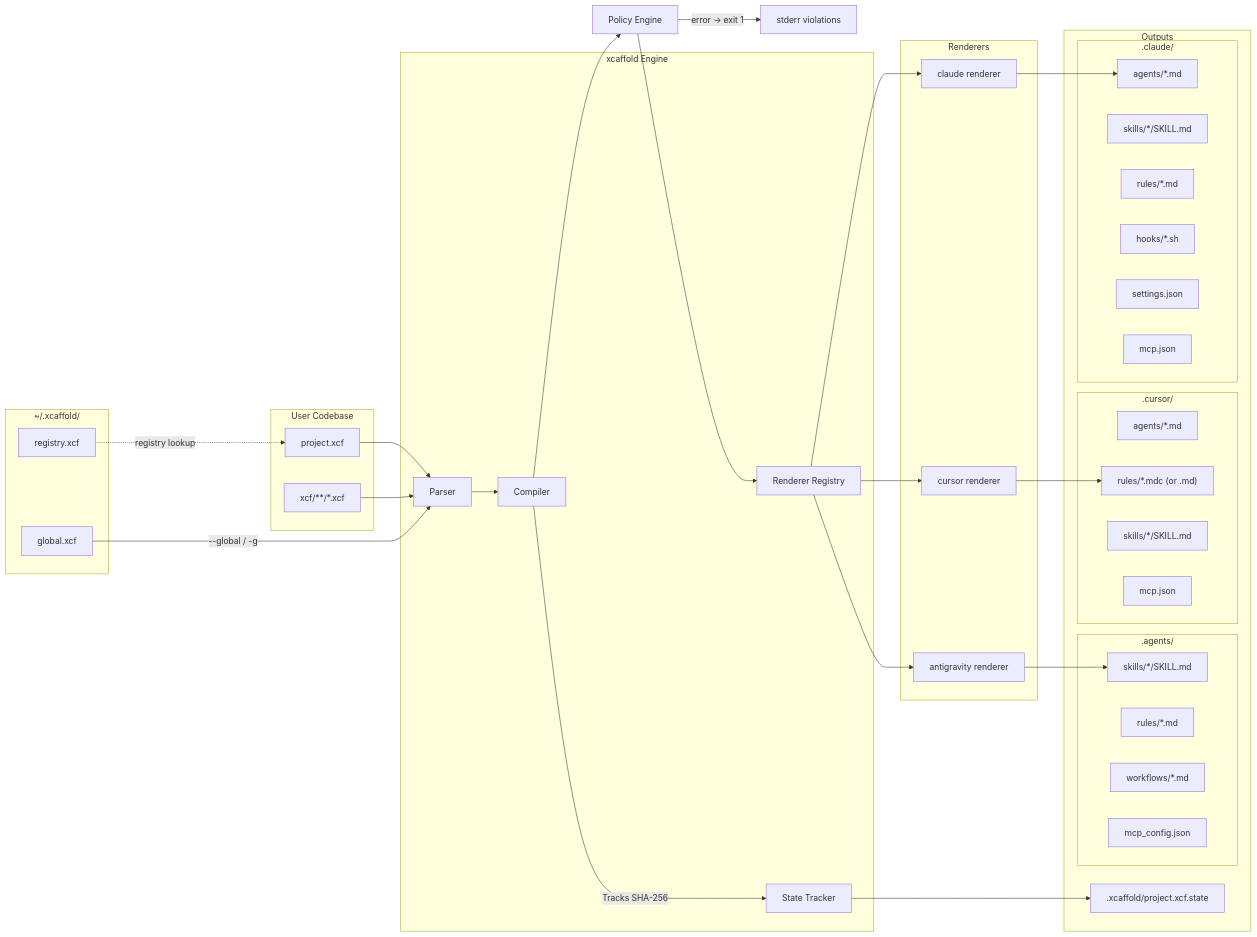
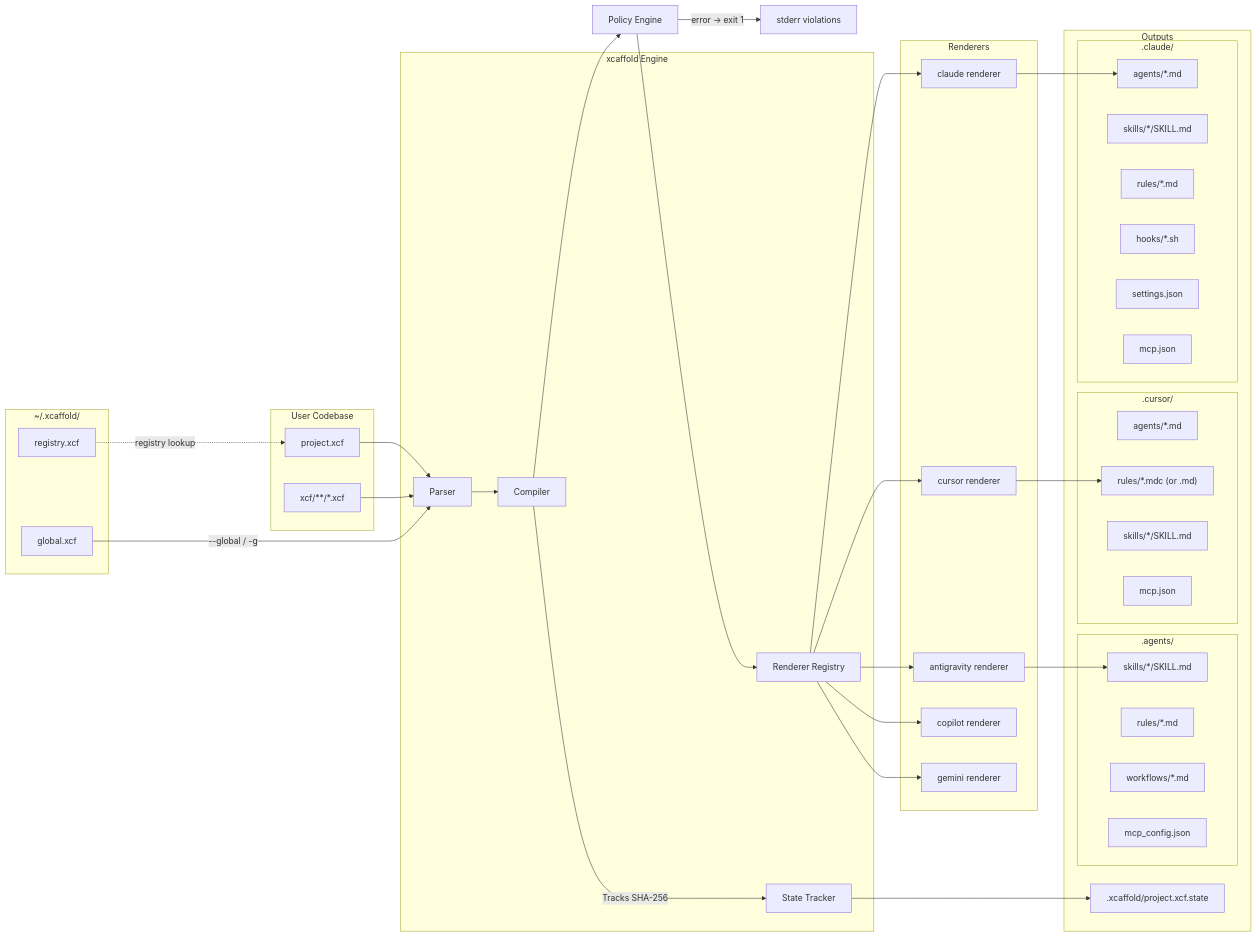
One commit to saero-ai/xcaffold changed the diagram in docs/concepts/architecture.md. Above: the diagram before and after it, drawn with Mermaid. The commit also changed other lines of this file and 3 other files, not shown here.

````diff
--- a/docs/concepts/architecture.md
+++ b/docs/concepts/architecture.md
@@ -14,66 +14,70 @@
 ```mermaid
 graph LR
   subgraph Global Home ["~/.xcaffold/"]
     R[registry.xcf]
     GC[global.xcf]
   end
 
   subgraph User Codebase
     A[project.xcf]
     XCF["xcf/**/*.xcf"]
   end
 
   subgraph xcaffold Engine
     B[Parser]
     C[Compiler]
     D[State Tracker]
     RG[Renderer Registry]
   end
 
   subgraph Renderers
     RC[claude renderer]
     RCU[cursor renderer]
     RA[antigravity renderer]
+    RCP[copilot renderer]
+    RGM[gemini renderer]
   end
 
   subgraph Outputs
     F[".xcaffold/project.xcf.state"]
     
     subgraph .claude/
       C1["agents/*.md"]
       C2["skills/*/SKILL.md"]
       C3["rules/*.md"]
       C4["hooks/*.sh"]
       C5["settings.json"]
       C6["mcp.json"]
     end
     
     subgraph .cursor/
       CU0["agents/*.md"]
       CU1["rules/*.mdc (or .md)"]
       CU2["skills/*/SKILL.md"]
       CU4["mcp.json"]
     end
     
     subgraph .agents/
       A1["skills/*/SKILL.md"]
       A2["rules/*.md"]
       A3["workflows/*.md"]
       A4["mcp_config.json"]
     end
   end
 
   R -..->|registry lookup| A
   GC -->|"--global / -g"| B
   A --> B
   XCF --> B
   B --> C
   C --> PE[Policy Engine]
   PE --> RG
   PE -->|"error → exit 1"| FAIL["stderr violations"]
   RG --> RC --> C1
   RG --> RCU --> CU1
   RG --> RA --> A1
+  RG --> RCP
+  RG --> RGM
   C -->|Tracks SHA-256| D
   D --> F
 ```
````
